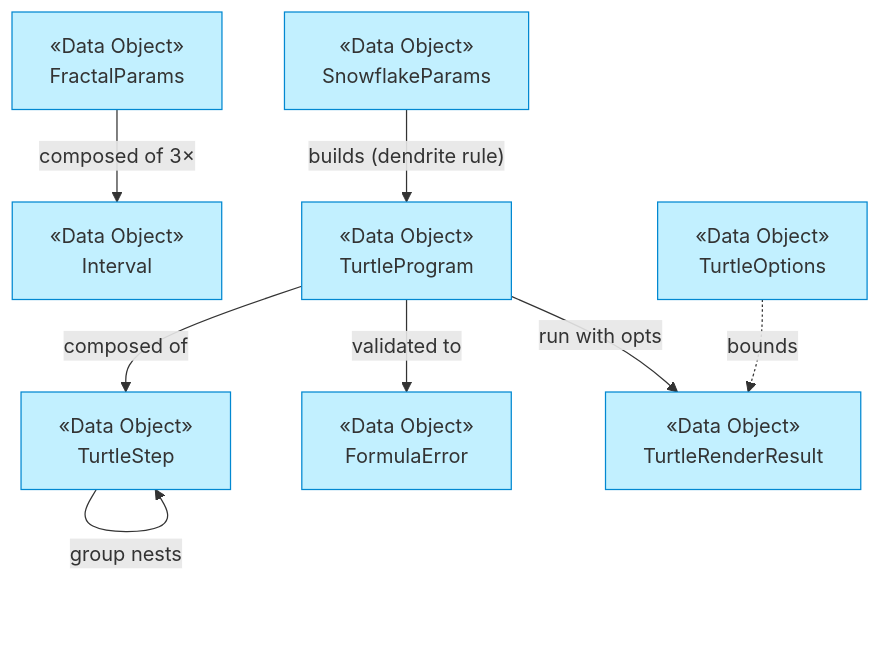
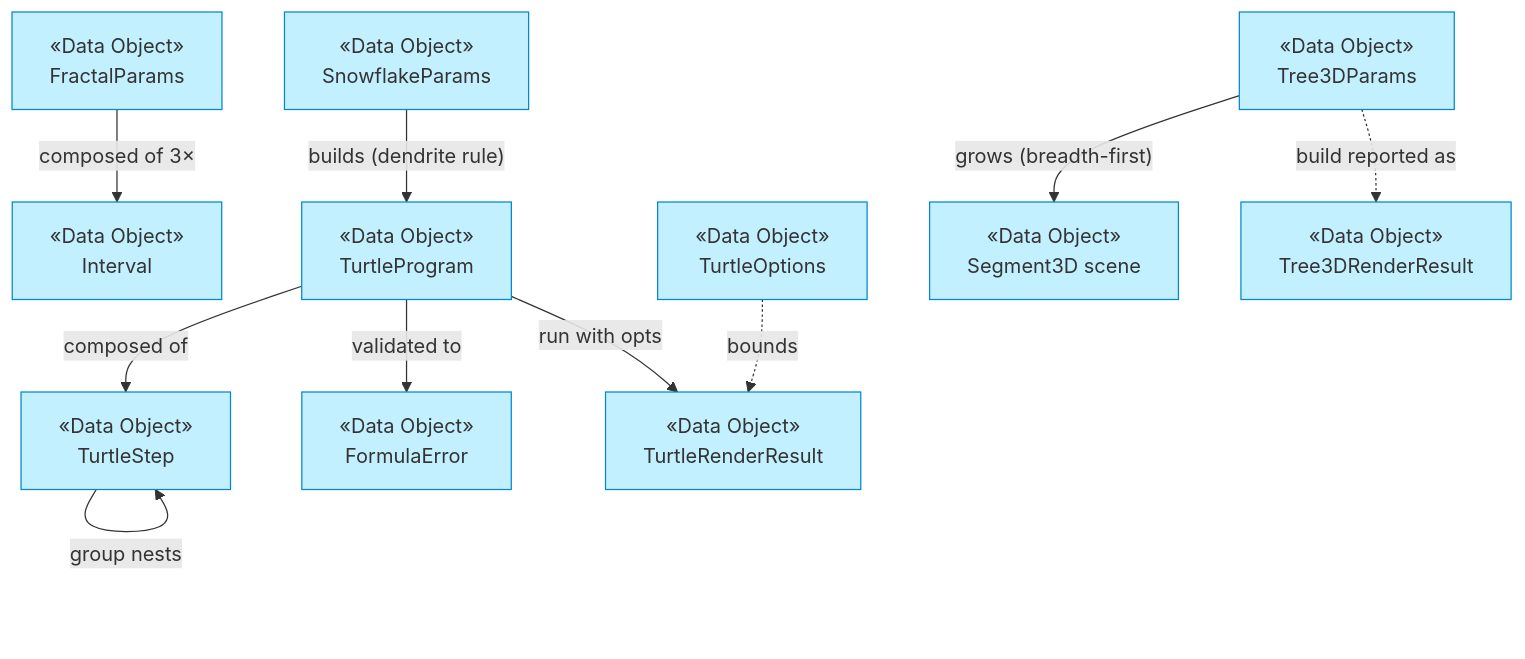
Before and after one commit to roanboc/fractal-tree-generator: the diagram in docs/ea/3_information/1_data-objects.md, drawn with Mermaid. The commit also changed other lines of this file and 42 other files, not shown here.

````diff
--- a/docs/ea/3_information/1_data-objects.md
+++ b/docs/ea/3_information/1_data-objects.md
@@ -40,21 +43,26 @@
 ```mermaid
 flowchart TB
   interval["«Data Object»<br>Interval"]:::application
   fp["«Data Object»<br>FractalParams"]:::application
   step["«Data Object»<br>TurtleStep"]:::application
   prog["«Data Object»<br>TurtleProgram"]:::application
   opts["«Data Object»<br>TurtleOptions"]:::application
   sp["«Data Object»<br>SnowflakeParams"]:::application
   err["«Data Object»<br>FormulaError"]:::application
   trr["«Data Object»<br>TurtleRenderResult"]:::application
+  t3p["«Data Object»<br>Tree3DParams"]:::application
+  seg["«Data Object»<br>Segment3D scene"]:::application
+  t3r["«Data Object»<br>Tree3DRenderResult"]:::application
 
   fp -->|composed of 3×| interval
   prog -->|composed of| step
   step -->|group nests| step
   sp -->|"builds (dendrite rule)"| prog
   prog -->|validated to| err
   prog -->|"run with opts"| trr
   opts -.->|bounds| trr
+  t3p -->|"grows (breadth-first)"| seg
+  t3p -.->|build reported as| t3r
 
   classDef application fill:#c2f0ff,stroke:#0288d1,color:#333
 ```
````
